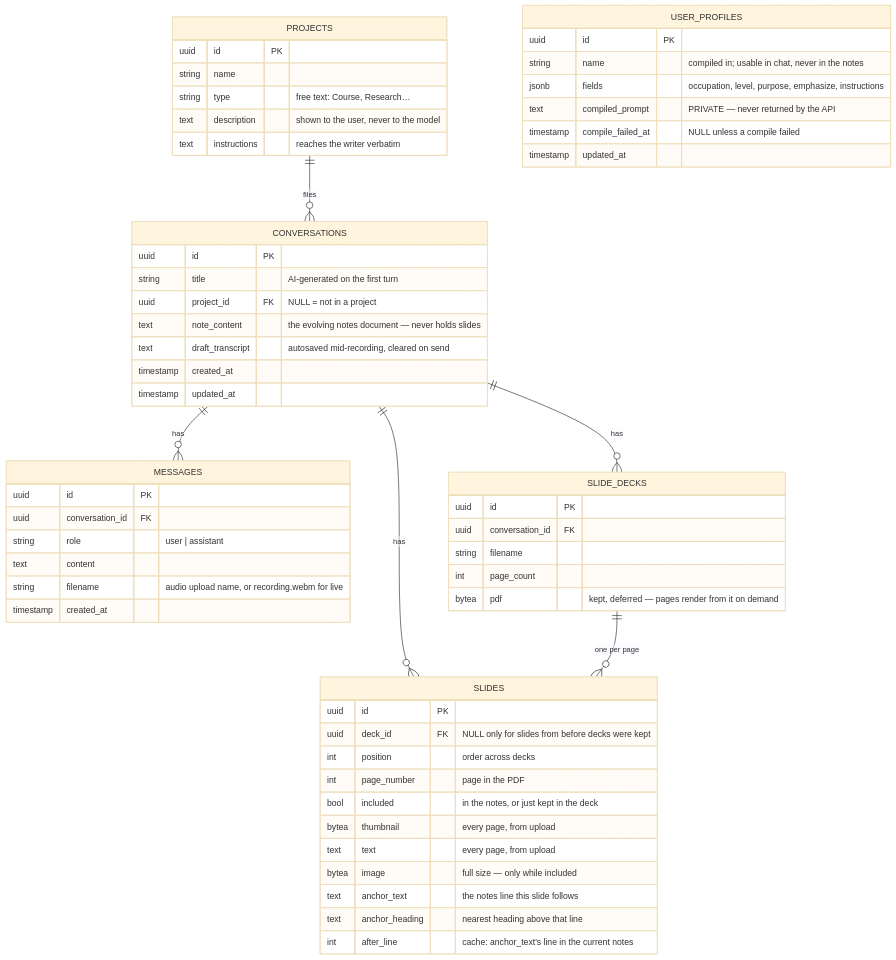
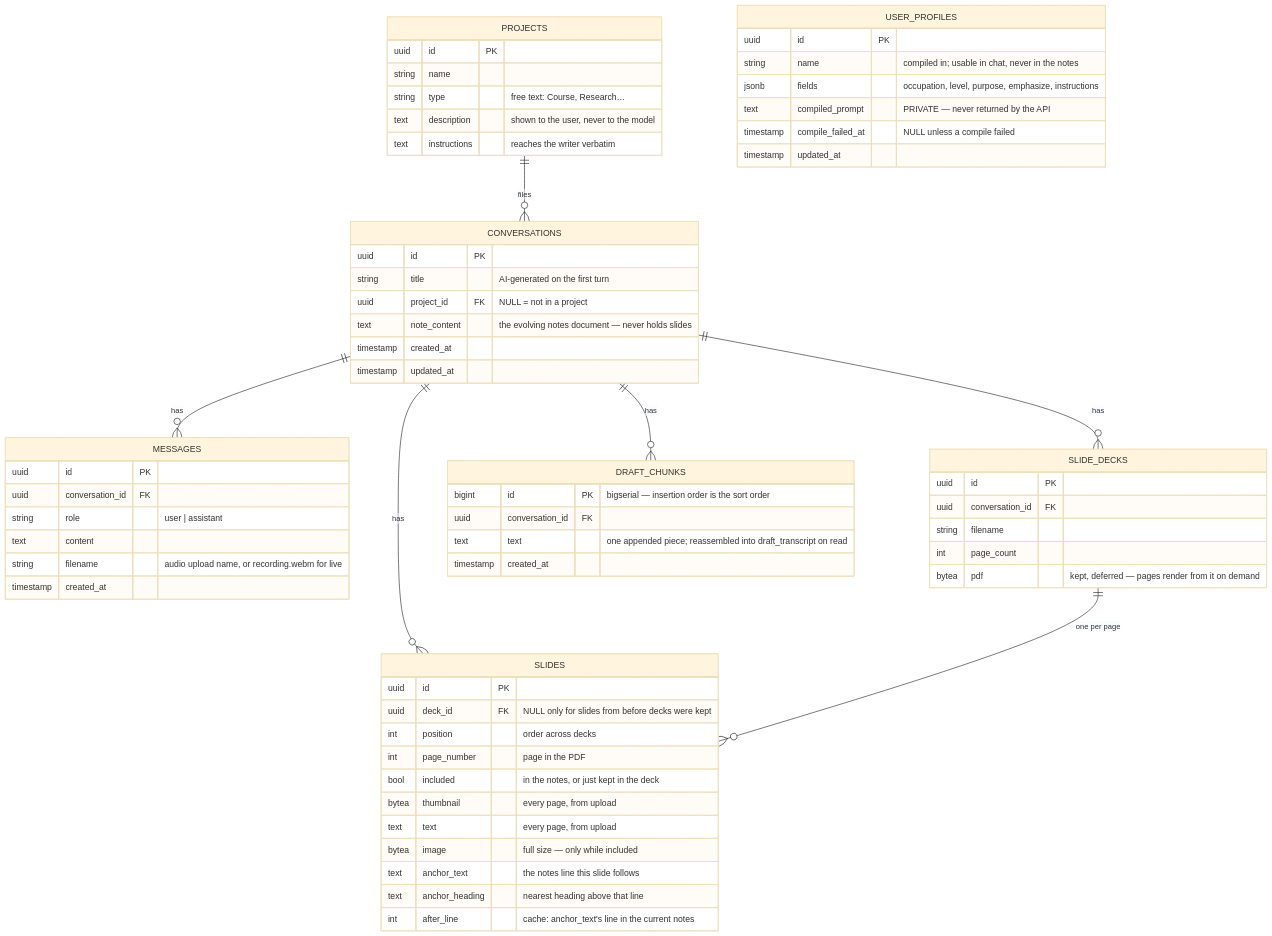
One commit to karlwehbe/Veda changed the second of 3 diagrams in FLOW.md. Above: the diagram before and after it, drawn with Mermaid (base theme). The commit also changed other lines of this file and 11 other files, not shown here.

````diff
--- a/FLOW.md
+++ b/FLOW.md
@@ -77,61 +77,67 @@
 ```mermaid
 erDiagram
   PROJECTS ||--o{ CONVERSATIONS : "files"
   CONVERSATIONS ||--o{ MESSAGES : has
   CONVERSATIONS ||--o{ SLIDE_DECKS : has
   CONVERSATIONS ||--o{ SLIDES : has
   SLIDE_DECKS ||--o{ SLIDES : "one per page"
+  CONVERSATIONS ||--o{ DRAFT_CHUNKS : has
 
   PROJECTS {
     uuid id PK
     string name
     string type "free text: Course, Research…"
     text description "shown to the user, never to the model"
     text instructions "reaches the writer verbatim"
   }
   CONVERSATIONS {
     uuid id PK
     string title "AI-generated on the first turn"
     uuid project_id FK "NULL = not in a project"
     text note_content "the evolving notes document — never holds slides"
-    text draft_transcript "autosaved mid-recording, cleared on send"
     timestamp created_at
     timestamp updated_at
+  }
+  DRAFT_CHUNKS {
+    bigint id PK "bigserial — insertion order is the sort order"
+    uuid conversation_id FK
+    text text "one appended piece; reassembled into draft_transcript on read"
+    timestamp created_at
   }
   MESSAGES {
     uuid id PK
     uuid conversation_id FK
     string role "user | assistant"
     text content
     string filename "audio upload name, or recording.webm for live"
     timestamp created_at
   }
   SLIDE_DECKS {
     uuid id PK
     uuid conversation_id FK
     string filename
     int page_count
     bytea pdf "kept, deferred — pages render from it on demand"
   }
   SLIDES {
     uuid id PK
     uuid deck_id FK "NULL only for slides from before decks were kept"
     int position "order across decks"
     int page_number "page in the PDF"
     bool included "in the notes, or just kept in the deck"
     bytea thumbnail "every page, from upload"
     text text "every page, from upload"
     bytea image "full size — only while included"
     text anchor_text "the notes line this slide follows"
     text anchor_heading "nearest heading above that line"
     int after_line "cache: anchor_text's line in the current notes"
   }
   USER_PROFILES {
     uuid id PK
     string name "compiled in; usable in chat, never in the notes"
     jsonb fields "occupation, level, purpose, emphasize, instructions"
     text compiled_prompt "PRIVATE — never returned by the API"
     timestamp compile_failed_at "NULL unless a compile failed"
     timestamp updated_at
   }
 ```
````
